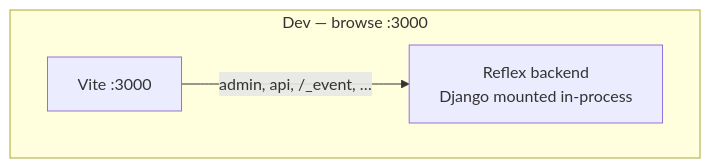
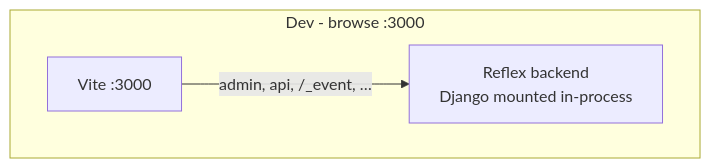
One commit to web7ai/reflex-django changed the diagram in docs/routing.md. Above: the diagram before and after it, drawn with Mermaid. The commit also changed 17 other files, not shown here.

Commit message:
docs: refine documentation for clarity and consistency, addressing formatting issues and enhancing explanations throughout various sections, including architecture, deployment, and state management

````diff
--- a/docs/routing.md
+++ b/docs/routing.md
@@ -18,8 +18,8 @@
 ```mermaid
 flowchart TB
-  subgraph dev [Dev — browse :3000]
+  subgraph dev [Dev  -  browse :3000]
     Vite[Vite :3000]
     ReflexBE[Reflex backend\nDjango mounted in-process]
     Vite -->|"admin, api, /_event, …"| ReflexBE
   end
 ```
````
